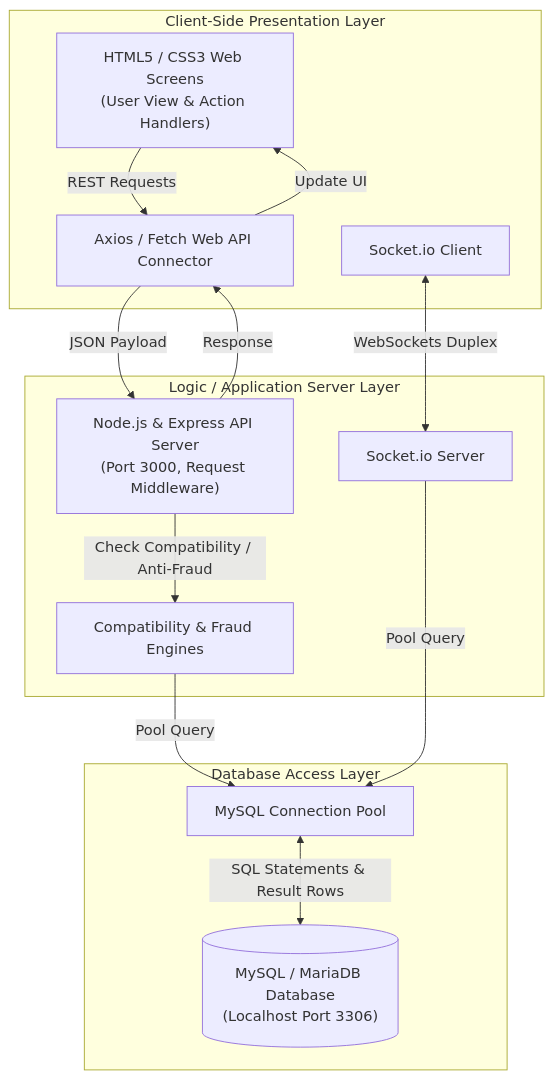
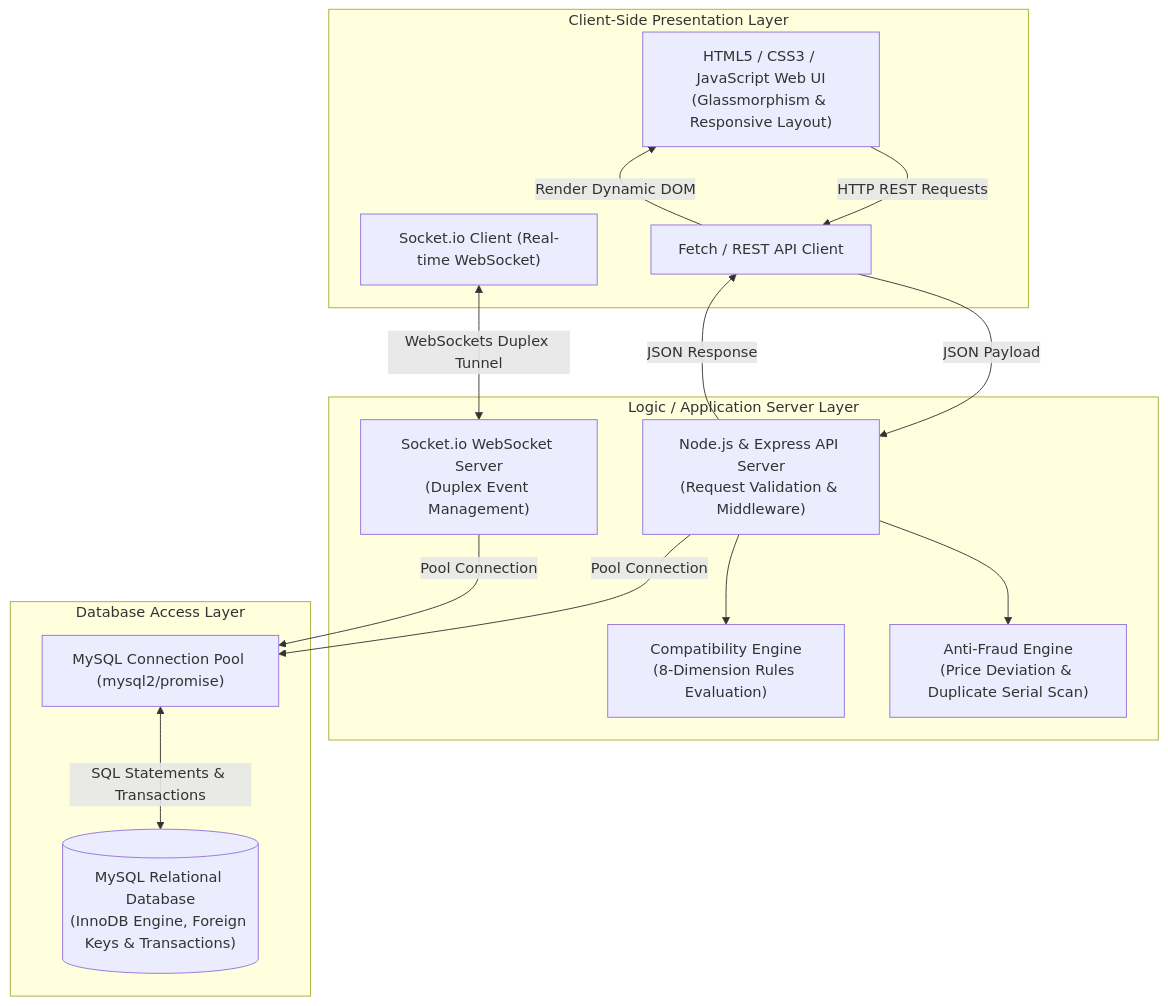
The first of 11 diagrams in KnowledgeBase/07_document/report.md (mumjean172004-jpg/pc_builder), drawn with Mermaid before and after one commit. The commit also changed other lines of this file and 56 other files, not shown here.

First line of the commit message:
Migrate to product-centric architecture; rebuild builder/sell-product flows; fix escrow payment and admin moderation gaps

````diff
--- a/KnowledgeBase/07_document/report.md
+++ b/KnowledgeBase/07_document/report.md
@@ -191,31 +191,39 @@
 ```mermaid
 graph TD
     subgraph Client-Side Presentation Layer
-        View["HTML5 / CSS3 Web Screens\n(User View & Action Handlers)"]
-        APIConnector["Axios / Fetch Web API Connector"]
-        ClientSocket["Socket.io Client"]
+        View["HTML5 / CSS3 / JavaScript Web UI
+(Glassmorphism & Responsive Layout)"]
+        APIConnector["Fetch / REST API Client"]
+        ClientSocket["Socket.io Client (Real-time WebSocket)"]
     end
 
     subgraph Logic / Application Server Layer
-        Server["Node.js & Express API Server\n(Port 3000, Request Middleware)"]
-        Engines["Compatibility & Fraud Engines"]
-        SocketServer["Socket.io Server"]
+        Server["Node.js & Express API Server
+(Request Validation & Middleware)"]
+        CompatibilityEngine["Compatibility Engine
+(8-Dimension Rules Evaluation)"]
+        AntiFraudEngine["Anti-Fraud Engine
+(Price Deviation & Duplicate Serial Scan)"]
+        SocketServer["Socket.io WebSocket Server
+(Duplex Event Management)"]
     end
 
     subgraph Database Access Layer
-        DBPool["MySQL Connection Pool"]
-        MySQL[("MySQL / MariaDB Database\n(Localhost Port 3306)")]
+        DBPool["MySQL Connection Pool (mysql2/promise)"]
+        MySQL[("MySQL Relational Database
+(InnoDB Engine, Foreign Keys & Transactions)")]
     end
 
-    View -->|REST Requests| APIConnector
+    View -->|HTTP REST Requests| APIConnector
     APIConnector -->|JSON Payload| Server
-    Server -->|Response| APIConnector
-    APIConnector -->|Update UI| View
+    Server -->|JSON Response| APIConnector
+    APIConnector -->|Render Dynamic DOM| View
     
-    ClientSocket <-->|WebSockets Duplex| SocketServer
+    ClientSocket <-->|WebSockets Duplex Tunnel| SocketServer
     
-    Server -->|Check Compatibility / Anti-Fraud| Engines
-    Engines -->|Pool Query| DBPool
-    SocketServer -->|Pool Query| DBPool
-    DBPool <-->|SQL Statements & Result Rows| MySQL
+    Server --> CompatibilityEngine
+    Server --> AntiFraudEngine
+    Server -->|Pool Connection| DBPool
+    SocketServer -->|Pool Connection| DBPool
+    DBPool <-->|SQL Statements & Transactions| MySQL
 ```
````
